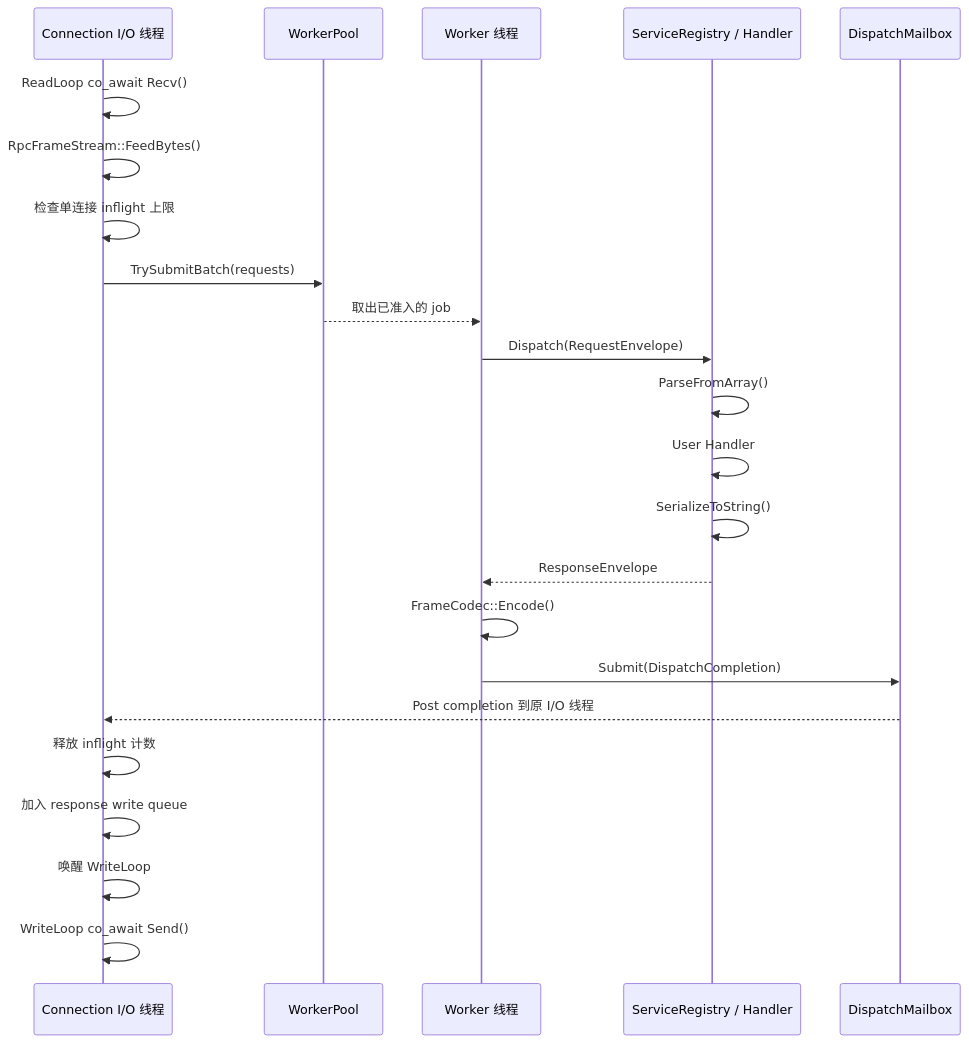
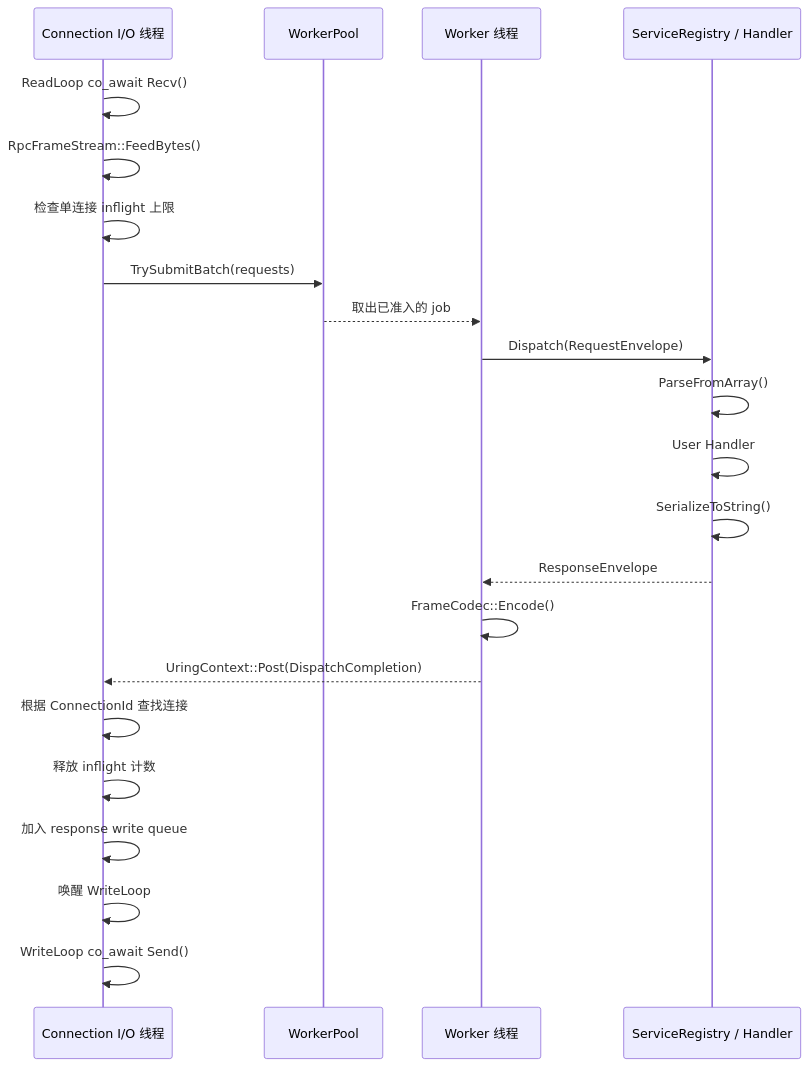
One commit to yuedongcun/xrpc-cpp changed the second of 4 diagrams in docs/server-runtime.md. Above: the diagram before and after it, drawn with Mermaid. The commit also changed other lines of this file and 12 other files, not shown here.

Commit message:
refactor(server): replace dispatch mailbox with loop-owned completions

````diff
--- a/docs/server-runtime.md
+++ b/docs/server-runtime.md
@@ -103,30 +102,28 @@
 ```mermaid
 sequenceDiagram
   participant IO as Connection I/O 线程
   participant Pool as WorkerPool
   participant Worker as Worker 线程
   participant Handler as ServiceRegistry / Handler
-  participant Mailbox as DispatchMailbox
 
   IO->>IO: ReadLoop co_await Recv()
   IO->>IO: RpcFrameStream::FeedBytes()
   IO->>IO: 检查单连接 inflight 上限
   IO->>Pool: TrySubmitBatch(requests)
 
   Pool-->>Worker: 取出已准入的 job
 
   Worker->>Handler: Dispatch(RequestEnvelope)
   Handler->>Handler: ParseFromArray()
   Handler->>Handler: User Handler
   Handler->>Handler: SerializeToString()
   Handler-->>Worker: ResponseEnvelope
 
   Worker->>Worker: FrameCodec::Encode()
-  Worker->>Mailbox: Submit(DispatchCompletion)
-
-  Mailbox-->>IO: Post completion 到原 I/O 线程
+  Worker-->>IO: UringContext::Post(DispatchCompletion)
+  IO->>IO: 根据 ConnectionId 查找连接
   IO->>IO: 释放 inflight 计数
   IO->>IO: 加入 response write queue
   IO->>IO: 唤醒 WriteLoop
   IO->>IO: WriteLoop co_await Send()
 ```
````
